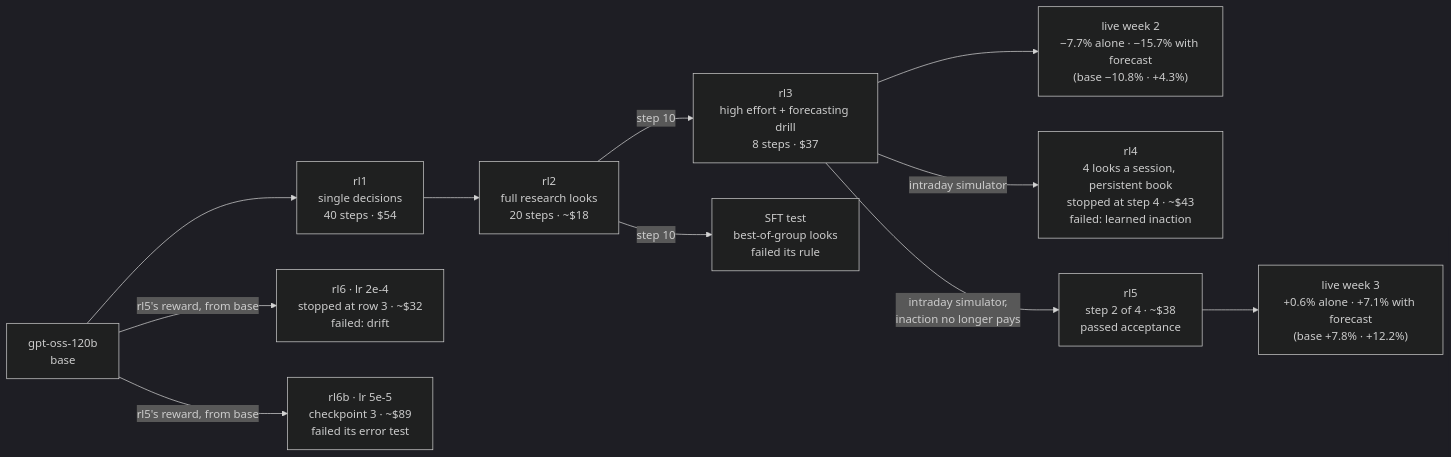
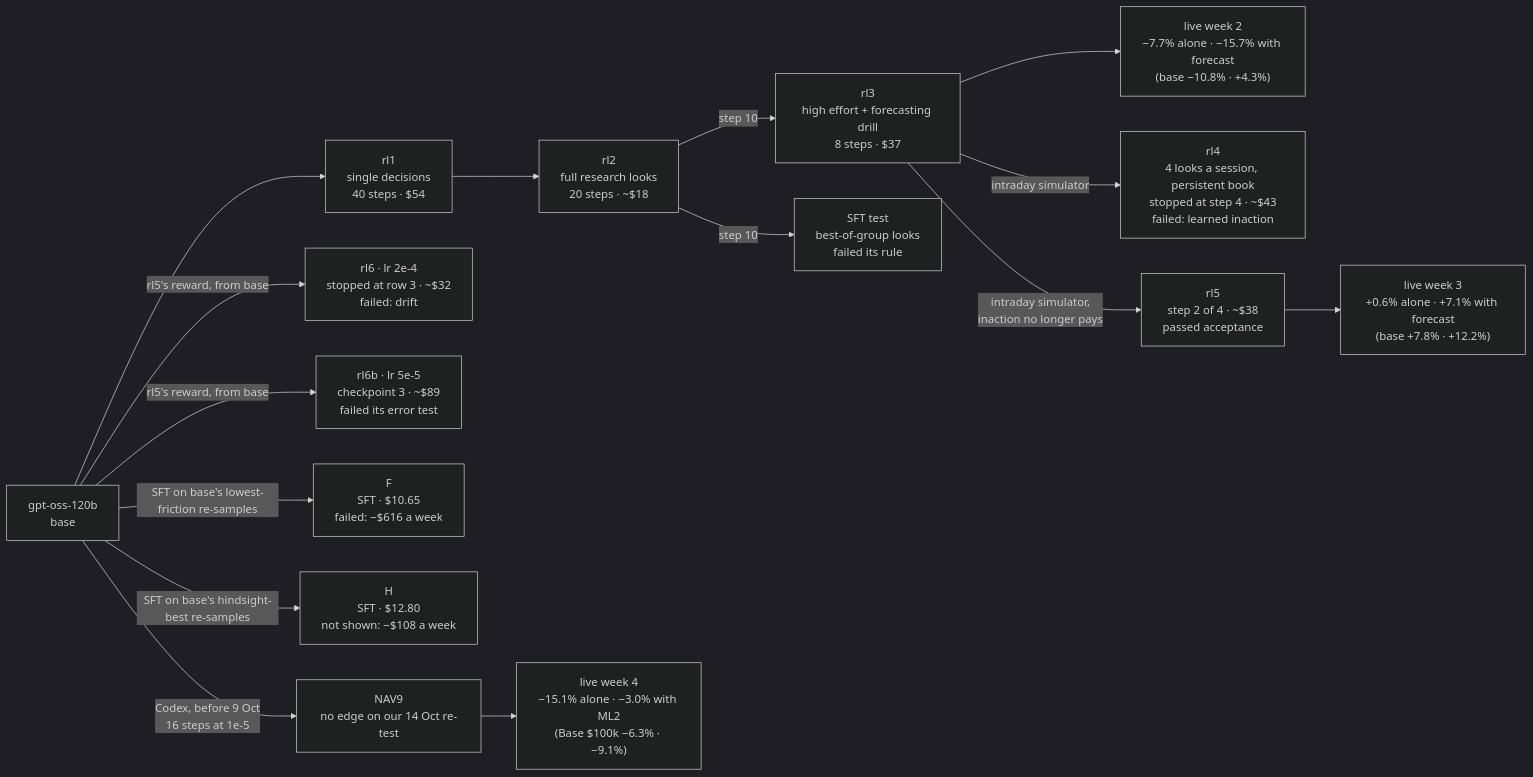
One commit to quiezent/gpt-oss-120b-native-trading-research changed the diagram in README.md. Above: the diagram before and after it, drawn with Mermaid (dark theme). The commit also changed other lines of this file and 26 other files, not shown here.

First line of the commit message:
Week 4 report (2-6 Nov): Sonnet + ML2 +0.72%, Haiku + ML2 -2.12%, NAV9 + ML2 -3.00%, Haiku -4.03%, Sonnet -4.66%, Base $100k -6.31%, Base + ML2 -8.40% (carried book, +2.77% since 26 Oct), Base + ML2 $100k -9.08%, NAV9 -15.12% against SPY -2.74% and the +2.14% goal

````diff
--- a/README.md
+++ b/README.md
@@ -31,13 +34,17 @@
 ```mermaid
 flowchart LR
     B["gpt-oss-120b<br/>base"] --> R1["rl1<br/>single decisions<br/>40 steps · $54"]
     R1 --> R2["rl2<br/>full research looks<br/>20 steps · ~$18"]
     R2 -->|step 10| R3["rl3<br/>high effort + forecasting drill<br/>8 steps · $37"]
     R2 -->|step 10| S["SFT test<br/>best-of-group looks<br/>failed its rule"]
     R3 --> L["live week 2<br/>−7.7% alone · −15.7% with forecast<br/>(base −10.8% · +4.3%)"]
     R3 -->|intraday simulator| R4["rl4<br/>4 looks a session, persistent book<br/>stopped at step 4 · ~$43<br/>failed: learned inaction"]
     R3 -->|intraday simulator,<br/>inaction no longer pays| R5["rl5<br/>step 2 of 4 · ~$38<br/>passed acceptance"]
     R5 --> L5["live week 3<br/>+0.6% alone · +7.1% with forecast<br/>(base +7.8% · +12.2%)"]
     B -->|rl5's reward, from base| R6["rl6 · lr 2e-4<br/>stopped at row 3 · ~$32<br/>failed: drift"]
     B -->|rl5's reward, from base| R6B["rl6b · lr 5e-5<br/>checkpoint 3 · ~$89<br/>failed its error test"]
+    B -->|SFT on base's lowest-friction re-samples| F["F<br/>SFT · $10.65<br/>failed: −$616 a week"]
+    B -->|SFT on base's hindsight-best re-samples| H["H<br/>SFT · $12.80<br/>not shown: −$108 a week"]
+    B -->|Codex, before 9 Oct<br/>16 steps at 1e-5| N9["NAV9<br/>no edge on our 14 Oct re-test"]
+    N9 --> LN9["live week 4<br/>−15.1% alone · −3.0% with ML2<br/>(Base $100k −6.3% · −9.1%)"]
 ```
````
